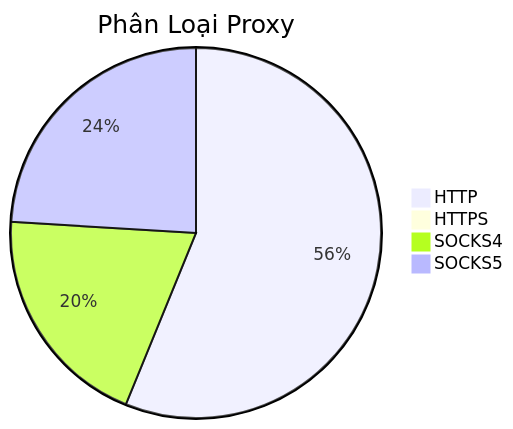
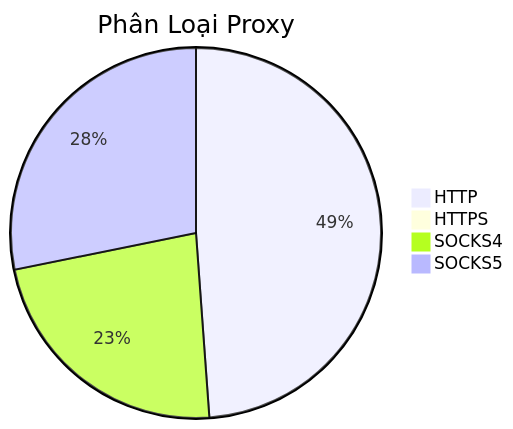
Before and after one commit to Ciara-12/PROXY-free: the diagram in README.md, drawn with Mermaid. The commit also changed other lines of this file and 3 other files, not shown here.

````diff
--- a/README.md
+++ b/README.md
@@ -26,7 +26,7 @@
 ```mermaid
 pie title Phân Loại Proxy
-    "HTTP" : 900
+    "HTTP" : 742
     "HTTPS" : 0
-    "SOCKS4" : 317
-    "SOCKS5" : 385
+    "SOCKS4" : 349
+    "SOCKS5" : 428
 ```
````
